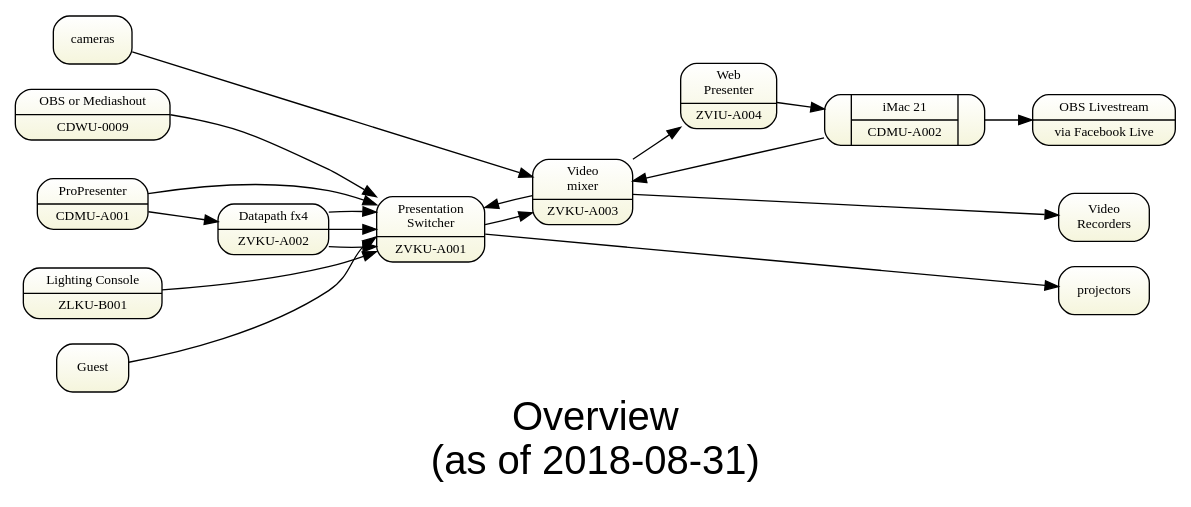
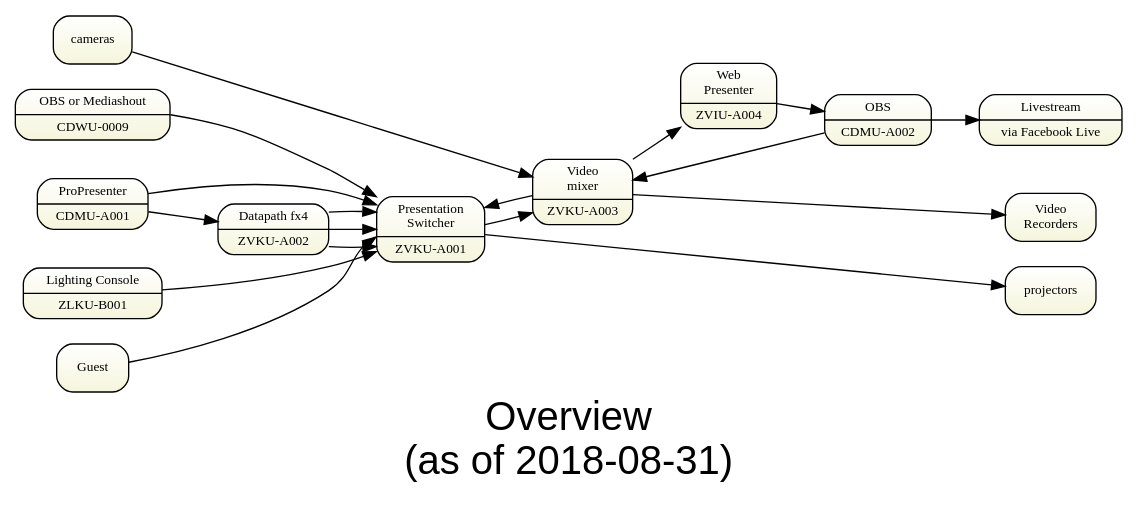
One commit to avmaint/uactechdoc changed the diagram in sdv-topology0-overview.gv. Above: the diagram before and after it, drawn with Graphviz. The commit also changed 1 other file, not shown here.

```diff
--- a/sdv-topology0-overview.gv
+++ b/sdv-topology0-overview.gv
@@ -1,52 +1,50 @@
 digraph topology0 { 
 graph [overlap = true, fontsize = 30, rankdir=LR 
       label="Overview\n(as of 2018-08-31)",
       fontname = Helvetica]
 
 node [shape=Mrecord, tooltip="" , fontsize = 10, 
       fillcolor="white:beige" , style=filled  
       gradientangle=270]
       
 pswitch [label="Presentation\nSwitcher|ZVKU-A001"]
 rswitch [label="Video\nmixer|ZVKU-A003"]
     
-cdwu0009 [label=" OBS or Mediashout|CDWU-0009 "]
-cdmua001 [label=" ProPresenter|CDMU-A001 "]
-cdmua002 [label="{|{iMac 21|CDMU-A002}| }"]
+cdwu0009 [label="OBS or Mediashout|CDWU-0009"]
+cdmua001 [label="ProPresenter|CDMU-A001"]
+cdmua002 [label="OBS|CDMU-A002"]
 
 fx4 [label="Datapath fx4|ZVKU-A002"]
 wp [label="Web\nPresenter|ZVIU-A004"]
 cs40 [label="Lighting Console|ZLKU-B001"]
-facebook [label=" OBS Livestream|via Facebook Live "]
+facebook [label="Livestream|via Facebook Live"]
 recorders [label="Video\nRecorders"]
 
 fx4:o1 -> pswitch:i1
 fx4:o2 -> pswitch:i2
 fx4:o3 -> pswitch:i3
 
 cdmua001  -> fx4   
 cdmua001 -> pswitch  
 
 cdwu0009:hdmi -> pswitch:i5
  
 guest [label=" Guest"]
 guest:hdmi -> pswitch:i6
 
 wp -> cdmua002 
 cdmua002 -> rswitch
 cdmua002 -> facebook
 
 pswitch -> rswitch
 
 rswitch -> pswitch
 cameras -> rswitch
 rswitch->wp
 pswitch -> projectors
 cs40 -> pswitch
 rswitch -> recorders
 
 {rank=same; facebook projectors recorders}
 {rank=same; cameras cdmua001  guest cdwu0009 cs40 }
-
-
 } 
```
